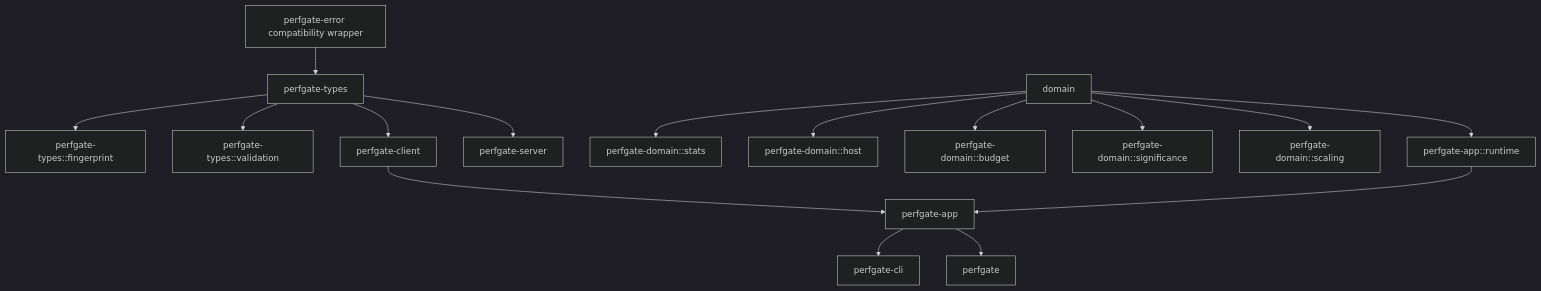
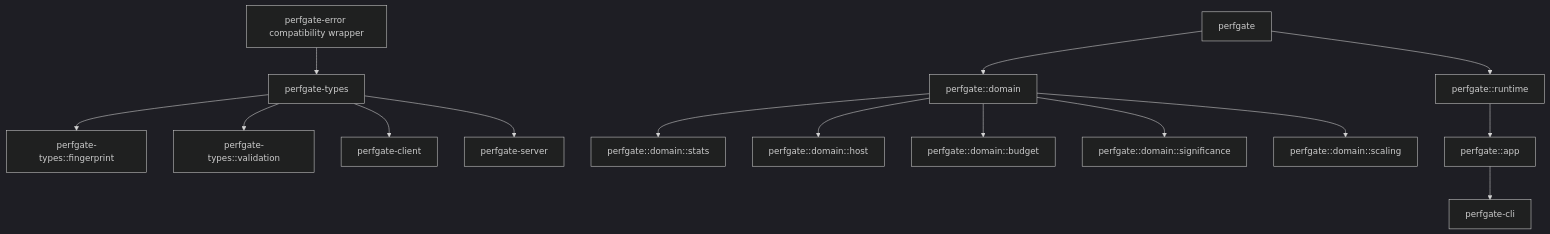
The diagram in docs/WORKSPACE.md (EffortlessMetrics/perfgate-swarm), drawn with Mermaid (dark theme) before and after one commit. The commit also changed other lines of this file and 157 other files, not shown here.

Commit message:
Absorb app and domain into facade (#268)

````diff
--- a/docs/WORKSPACE.md
+++ b/docs/WORKSPACE.md
@@ -32,18 +32,17 @@
 ```mermaid
 graph TD
   error[perfgate-error compatibility wrapper] --> types[perfgate-types]
   types --> fingerprint[perfgate-types::fingerprint]
-  domain --> stats[perfgate-domain::stats]
+  facade[perfgate] --> domain[perfgate::domain]
+  domain --> stats[perfgate::domain::stats]
   types --> val[perfgate-types::validation]
-  domain --> host[perfgate-domain::host]
-  domain --> budget[perfgate-domain::budget]
-  domain --> sig[perfgate-domain::significance]
-  domain --> scaling[perfgate-domain::scaling]
-  domain --> runtime[perfgate-app::runtime]
-  runtime --> app[perfgate-app]
+  domain --> host[perfgate::domain::host]
+  domain --> budget[perfgate::domain::budget]
+  domain --> sig[perfgate::domain::significance]
+  domain --> scaling[perfgate::domain::scaling]
+  facade --> runtime[perfgate::runtime]
+  runtime --> app[perfgate::app]
   app --> cli[perfgate-cli]
-  app --> facade[perfgate]
   types --> client[perfgate-client]
-  client --> app
   types --> server[perfgate-server]
 ```
````
